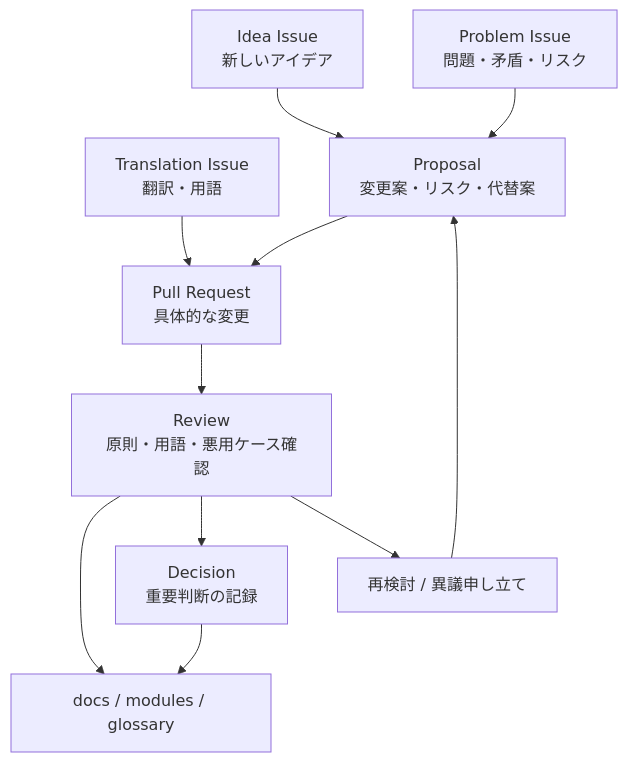
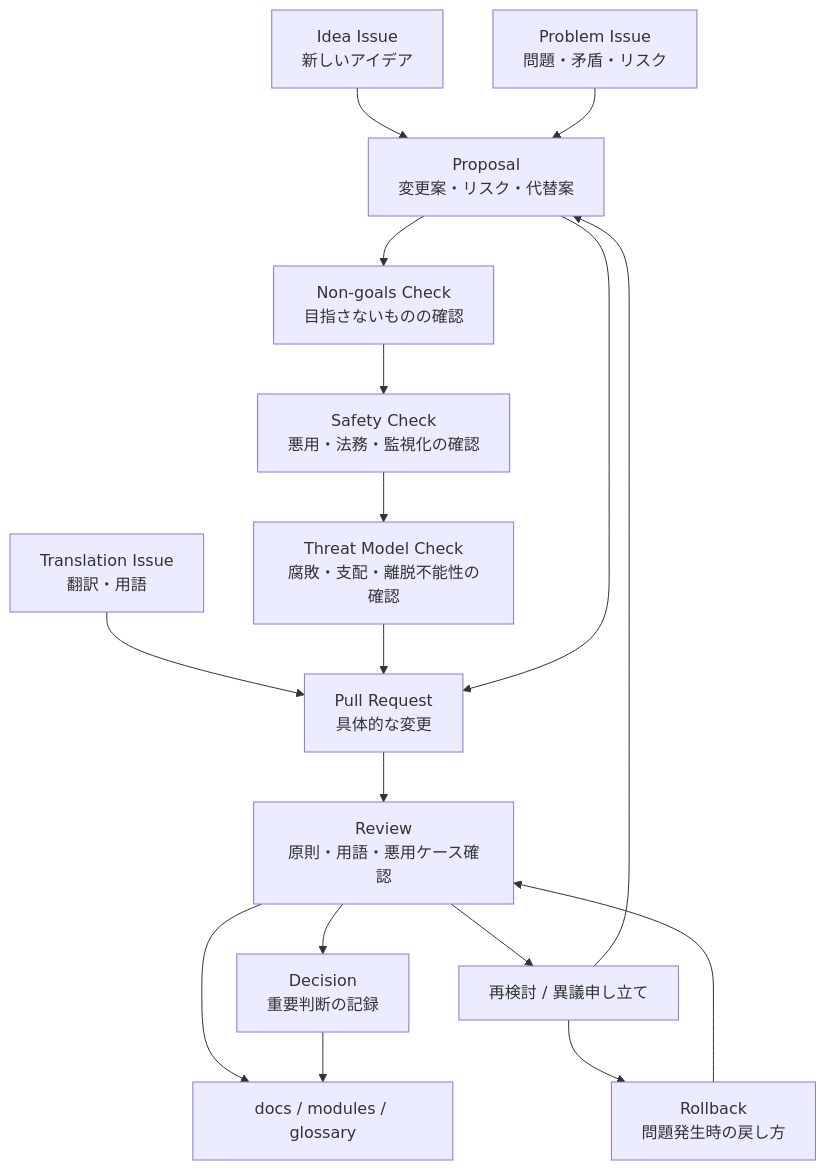
The diagram in assets/diagrams/03-governance-process.md (acecore-systems/world-foundation), drawn with Mermaid before and after one commit. The commit also changed 35 other files, not shown here.

````diff
--- a/assets/diagrams/03-governance-process.md
+++ b/assets/diagrams/03-governance-process.md
@@ -5,23 +5,33 @@
 ```mermaid
 flowchart TD
   Idea["Idea Issue<br/>新しいアイデア"]
   Problem["Problem Issue<br/>問題・矛盾・リスク"]
   Translation["Translation Issue<br/>翻訳・用語"]
+  NonGoals["Non-goals Check<br/>目指さないものの確認"]
+  Safety["Safety Check<br/>悪用・法務・監視化の確認"]
+  Threat["Threat Model Check<br/>腐敗・支配・離脱不能性の確認"]
   Proposal["Proposal<br/>変更案・リスク・代替案"]
   PullRequest["Pull Request<br/>具体的な変更"]
   Review["Review<br/>原則・用語・悪用ケース確認"]
   Decision["Decision<br/>重要判断の記録"]
   Docs["docs / modules / glossary"]
   Reopen["再検討 / 異議申し立て"]
+  Rollback["Rollback<br/>問題発生時の戻し方"]
 
   Idea --> Proposal
   Problem --> Proposal
   Translation --> PullRequest
+  Proposal --> NonGoals
+  NonGoals --> Safety
+  Safety --> Threat
+  Threat --> PullRequest
   Proposal --> PullRequest
   PullRequest --> Review
   Review --> Docs
   Review --> Decision
   Decision --> Docs
   Review --> Reopen
   Reopen --> Proposal
+  Reopen --> Rollback
+  Rollback --> Review
 ```
````
